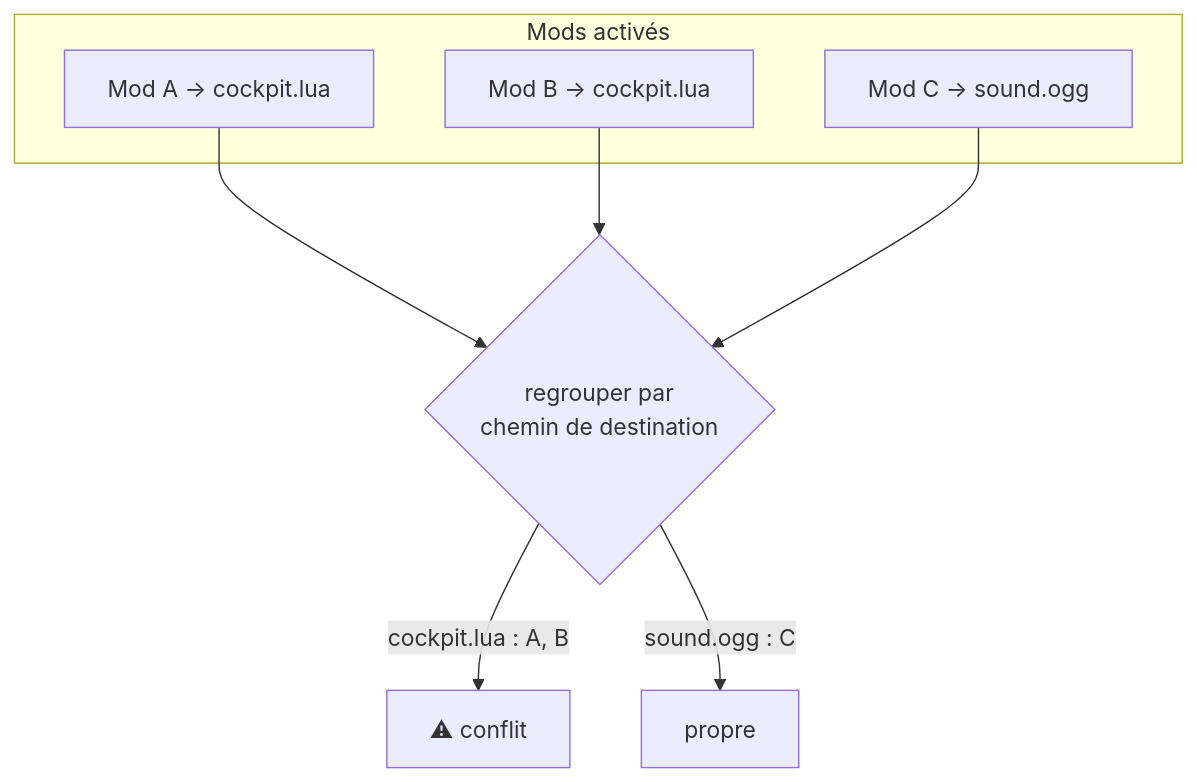
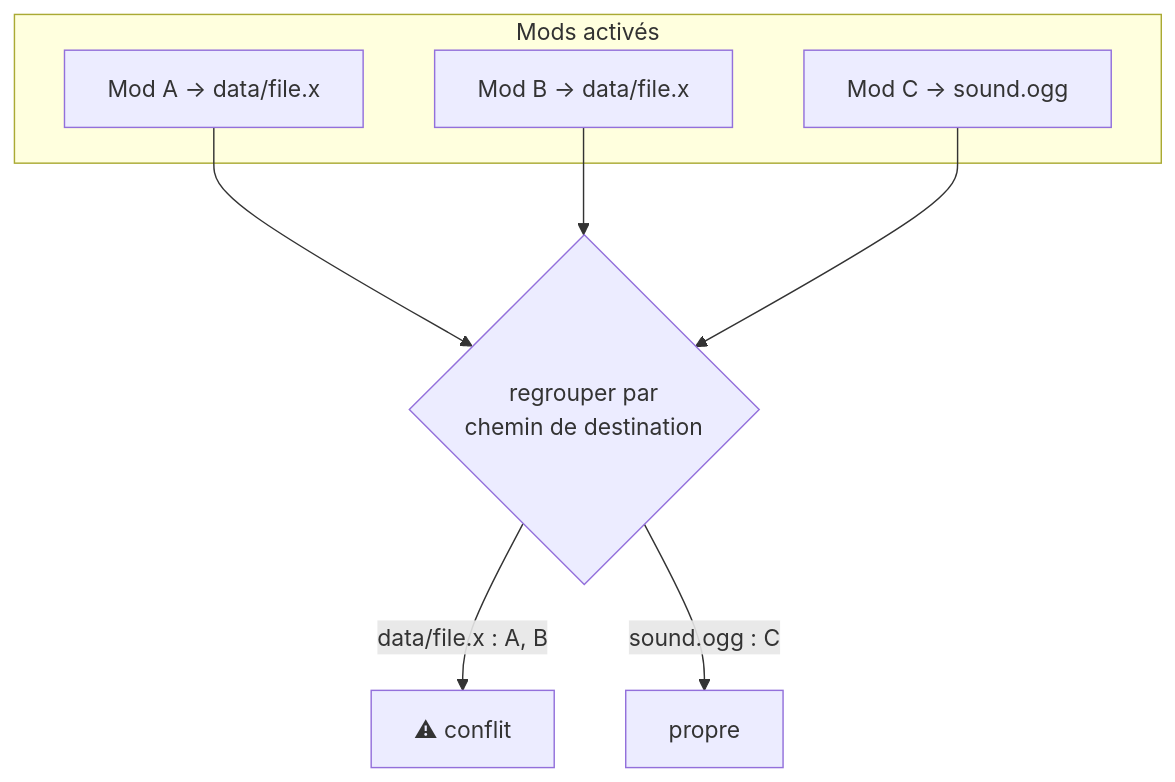
One commit to FreeProject089/BMM-Docs changed the first of 2 diagrams in docs/how-it-works/conflicts.fr.md. Above: the diagram before and after it, drawn with Mermaid. The commit also changed other lines of this file and 5 other files, not shown here.

````diff
--- a/docs/how-it-works/conflicts.fr.md
+++ b/docs/how-it-works/conflicts.fr.md
@@ -12,13 +12,13 @@
 ```mermaid
 flowchart TB
     subgraph Enabled["Mods activés"]
-        A["Mod A → cockpit.lua"]
-        B["Mod B → cockpit.lua"]
+        A["Mod A → data/file.x"]
+        B["Mod B → data/file.x"]
         C["Mod C → sound.ogg"]
     end
     A --> G{"regrouper par<br/>chemin de destination"}
     B --> G
     C --> G
-    G -- "cockpit.lua : A, B" --> CONF["⚠ conflit"]
+    G -- "data/file.x : A, B" --> CONF["⚠ conflit"]
     G -- "sound.ogg : C" --> OK["propre"]
 ```
````
